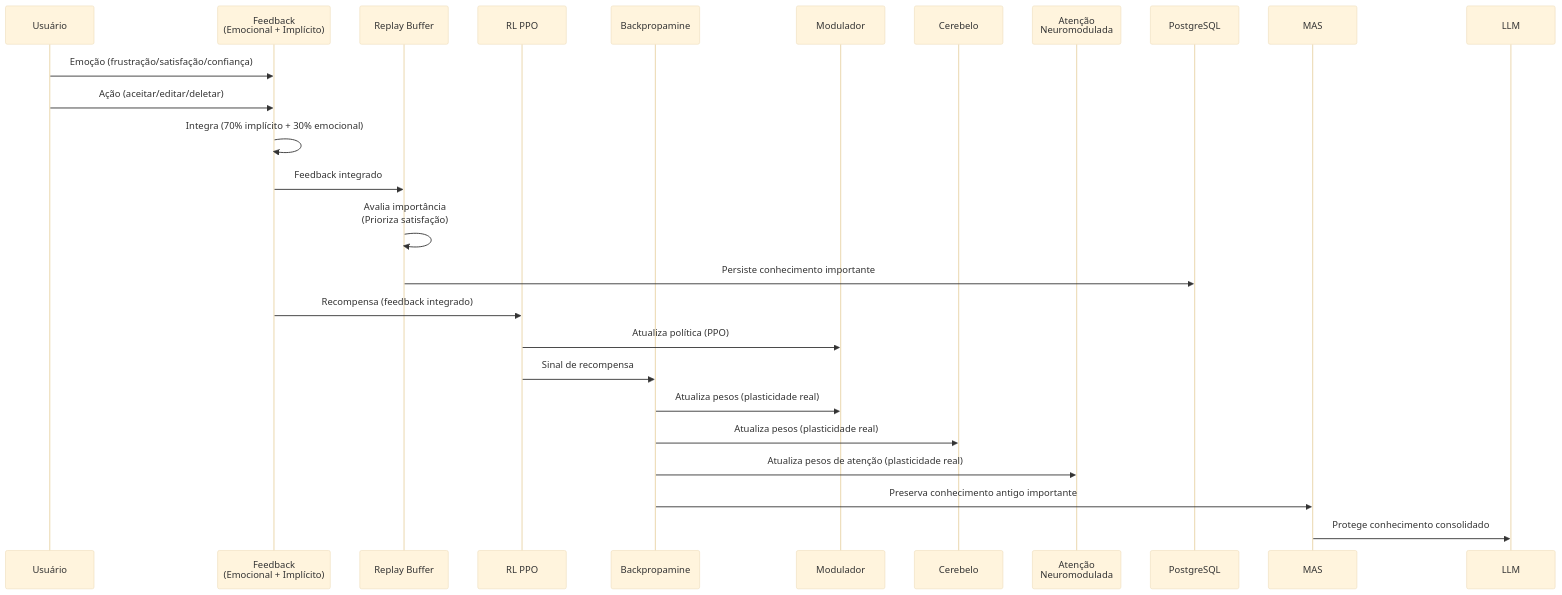
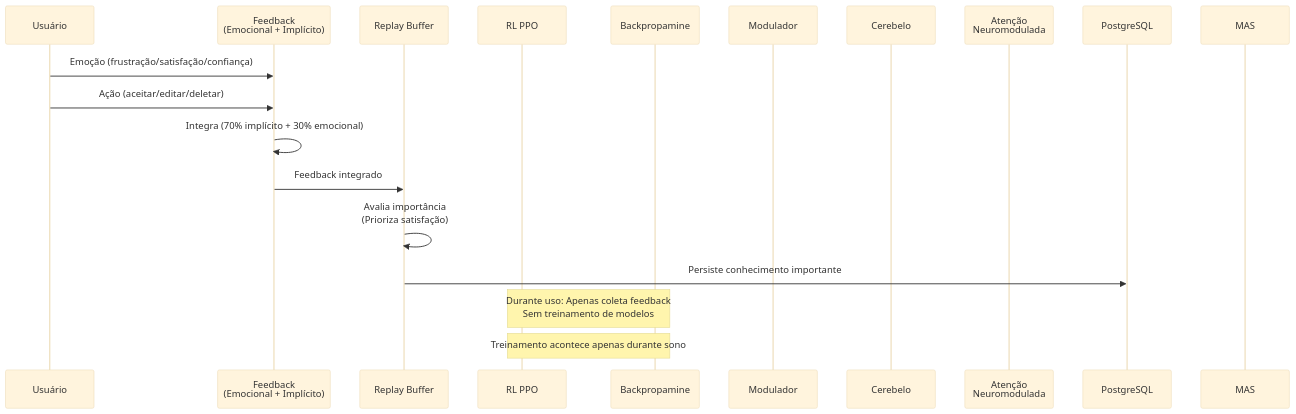
One commit to gabrielcardoso21/npllm changed the third of 4 diagrams in docs/mvp-general-assistant/FUNCIONAMENTO-DIA-A-DIA-COMPLETO.md. Above: the diagram before and after it, drawn with Mermaid (base theme). The commit also changed other lines of this file and 3 other files, not shown here.

Commit message:
docs: Revisa classificação de treinamento de LLMs - apenas Cerebelo e LoRA essenciais, LLM Base plug-and-play

````diff
--- a/docs/mvp-general-assistant/FUNCIONAMENTO-DIA-A-DIA-COMPLETO.md
+++ b/docs/mvp-general-assistant/FUNCIONAMENTO-DIA-A-DIA-COMPLETO.md
@@ -329,32 +331,24 @@
 ```mermaid
 sequenceDiagram
     participant USER as Usuário
     participant FEEDBACK as Feedback<br/>(Emocional + Implícito)
     participant REPLAY as Replay Buffer
     participant RL as RL PPO
     participant BACKPROP as Backpropamine
     participant MOD as Modulador
     participant CEREB as Cerebelo
     participant ATT as Atenção<br/>Neuromodulada
     participant POSTGRES as PostgreSQL
     participant MAS as MAS
     
     USER->>FEEDBACK: Emoção (frustração/satisfação/confiança)
     USER->>FEEDBACK: Ação (aceitar/editar/deletar)
     FEEDBACK->>FEEDBACK: Integra (70% implícito + 30% emocional)
     
     FEEDBACK->>REPLAY: Feedback integrado
     REPLAY->>REPLAY: Avalia importância<br/>(Prioriza satisfação)
     REPLAY->>POSTGRES: Persiste conhecimento importante
     
-    FEEDBACK->>RL: Recompensa (feedback integrado)
-    RL->>MOD: Atualiza política (PPO)
-    RL->>BACKPROP: Sinal de recompensa
-    
-    BACKPROP->>MOD: Atualiza pesos (plasticidade real)
-    BACKPROP->>CEREB: Atualiza pesos (plasticidade real)
-    BACKPROP->>ATT: Atualiza pesos de atenção (plasticidade real)
-    
-    BACKPROP->>MAS: Preserva conhecimento antigo importante
-    MAS->>LLM: Protege conhecimento consolidado
+    Note over RL,BACKPROP: Durante uso: Apenas coleta feedback<br/>Sem treinamento de modelos
+    Note over RL,BACKPROP: Treinamento acontece apenas durante sono
 ```
````
